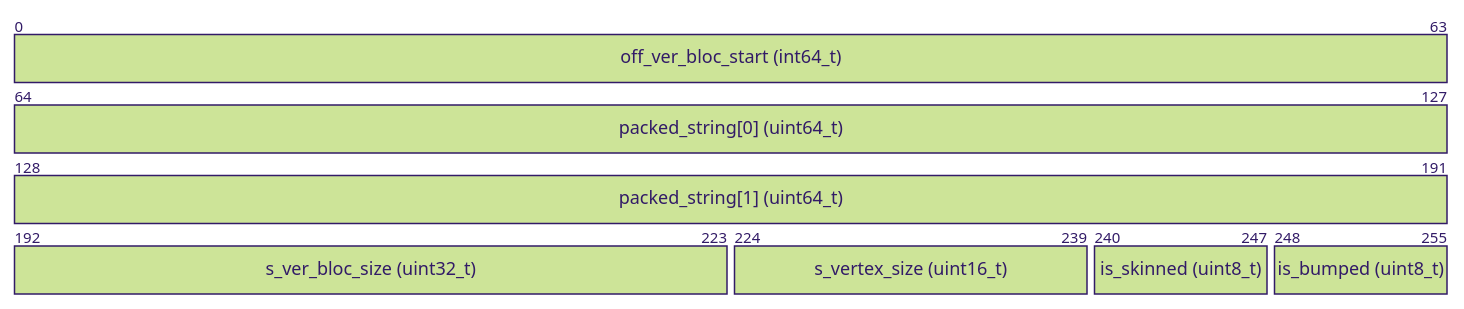
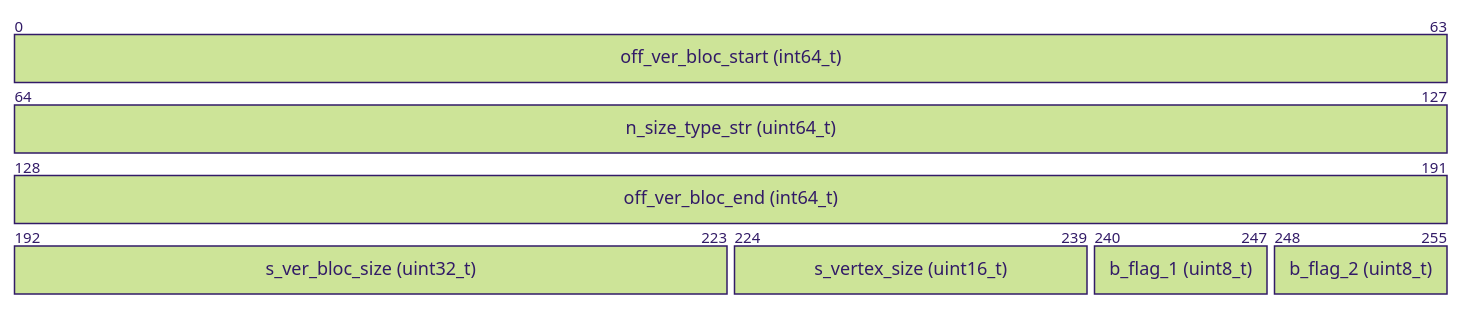
Before and after one commit to wows-tools/wows-geometry: the fifth of 6 diagrams in FORMAT.md, drawn with Mermaid. The commit also changed other lines of this file, not shown here.

````diff
--- a/FORMAT.md
+++ b/FORMAT.md
@@ -99,11 +204,11 @@
 ```mermaid
 %%{init: { 'theme': 'forest', 'config': {'bitsPerRow': 64, 'bitWidth': 15}}}%%
 packet-beta
 0-63: "off_ver_bloc_start (int64_t)"
-64-127: "packed_string[0] (uint64_t)"
-128-191: "packed_string[1] (uint64_t)"
+64-127: "n_size_type_str (uint64_t)"
+128-191: "off_ver_bloc_end (int64_t)"
 192-223: "s_ver_bloc_size (uint32_t)"
 224-239: "s_vertex_size (uint16_t)"
-240-247: "is_skinned (uint8_t)"
-248-255: "is_bumped (uint8_t)"
+240-247: "b_flag_1 (uint8_t)"
+248-255: "b_flag_2 (uint8_t)"
 ```
````
